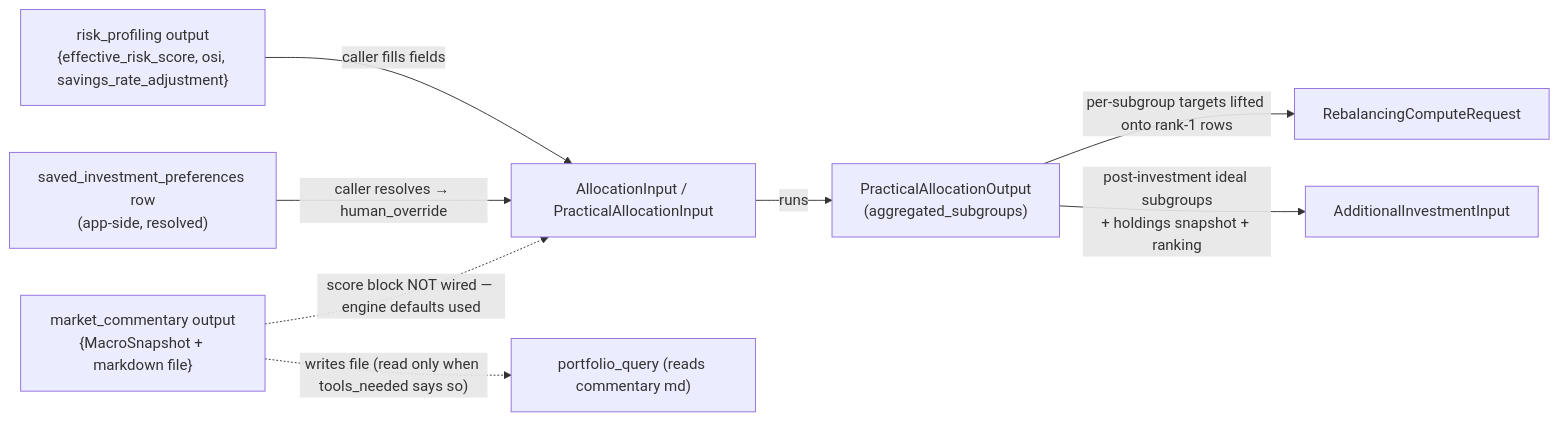
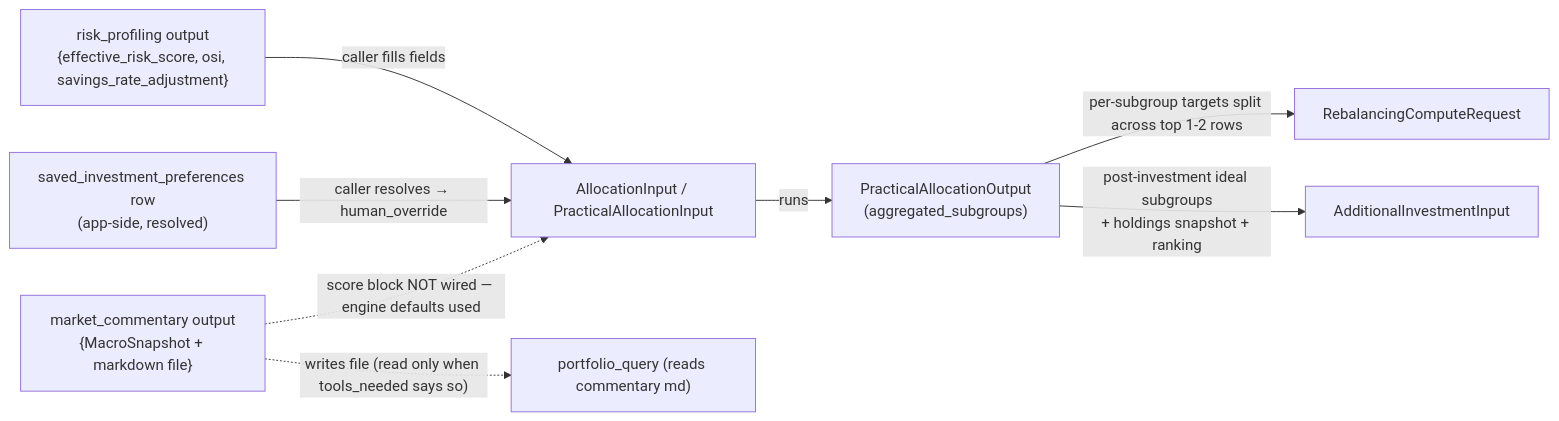
Before and after one commit to tilly5317-lab/Prozpr_Backend: the third of 3 diagrams in AI_Agents/Reference_docs/Tech_reference_docs/ARCHITECTURE.md, drawn with Mermaid. The commit also changed other lines of this file and 13 other files, not shown here.

````diff
--- a/AI_Agents/Reference_docs/Tech_reference_docs/ARCHITECTURE.md
+++ b/AI_Agents/Reference_docs/Tech_reference_docs/ARCHITECTURE.md
@@ -465,19 +465,19 @@
 ```mermaid
 flowchart LR
     RP_out["risk_profiling output<br/>{effective_risk_score, osi, savings_rate_adjustment}"]
     MC_out["market_commentary output<br/>{MacroSnapshot + markdown file}"]
     AA_in["AllocationInput / PracticalAllocationInput"]
     PA_out["PracticalAllocationOutput<br/>(aggregated_subgroups)"]
     RB_in["RebalancingComputeRequest"]
     AINV_in["AdditionalInvestmentInput"]
     PQ_in["portfolio_query (reads commentary md)"]
     PREF["saved_investment_preferences row<br/>(app-side, resolved)"]
 
     RP_out -->|"caller fills fields"| AA_in
     PREF -->|"caller resolves → human_override"| AA_in
     MC_out -.->|"score block NOT wired — engine defaults used"| AA_in
     MC_out -.->|"writes file (read only when tools_needed says so)"| PQ_in
     AA_in -->|"runs"| PA_out
-    PA_out -->|"per-subgroup targets lifted onto rank-1 rows"| RB_in
+    PA_out -->|"per-subgroup targets split across top 1-2 rows"| RB_in
     PA_out -->|"post-investment ideal subgroups<br/>+ holdings snapshot + ranking"| AINV_in
 ```
````
